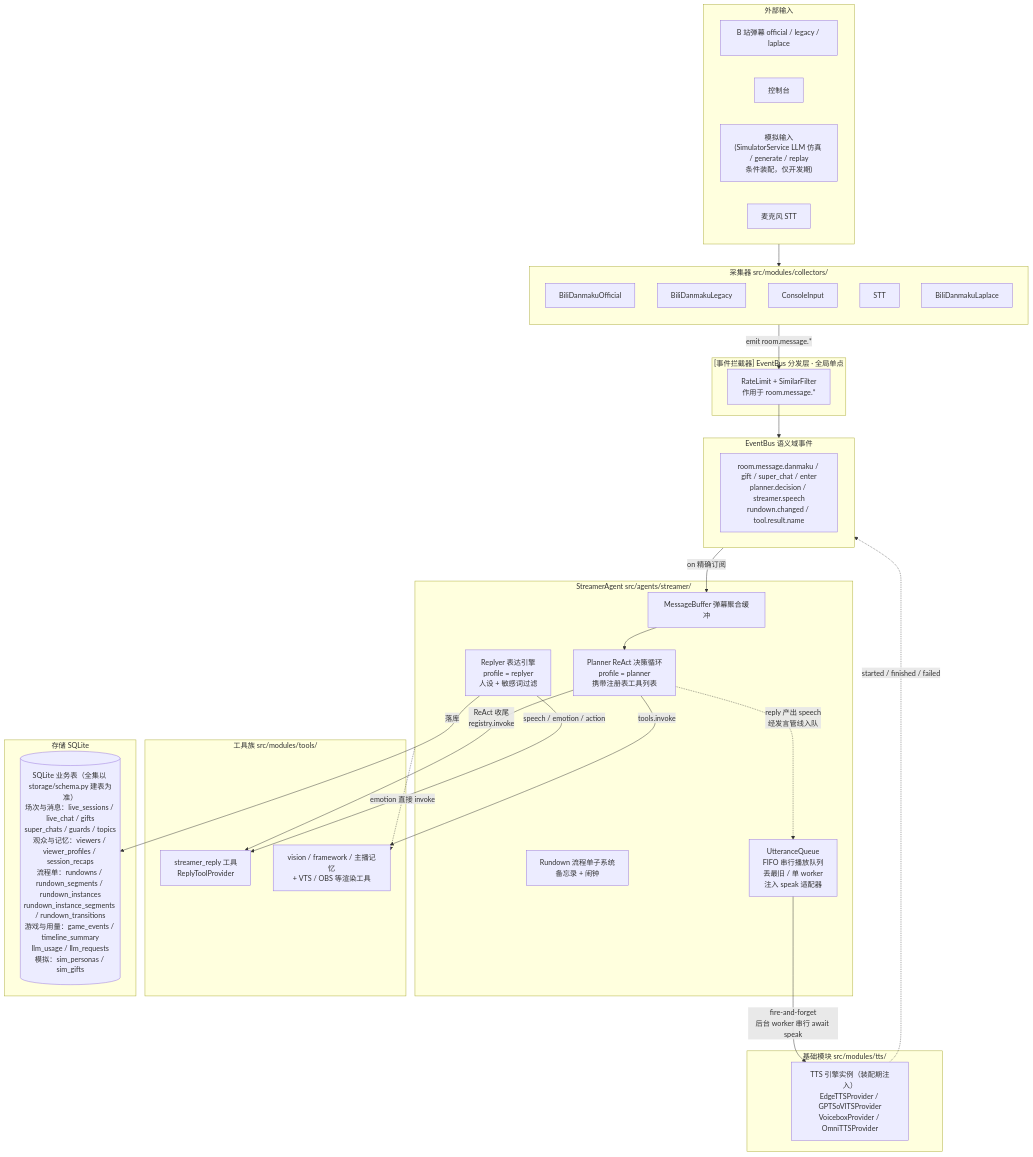
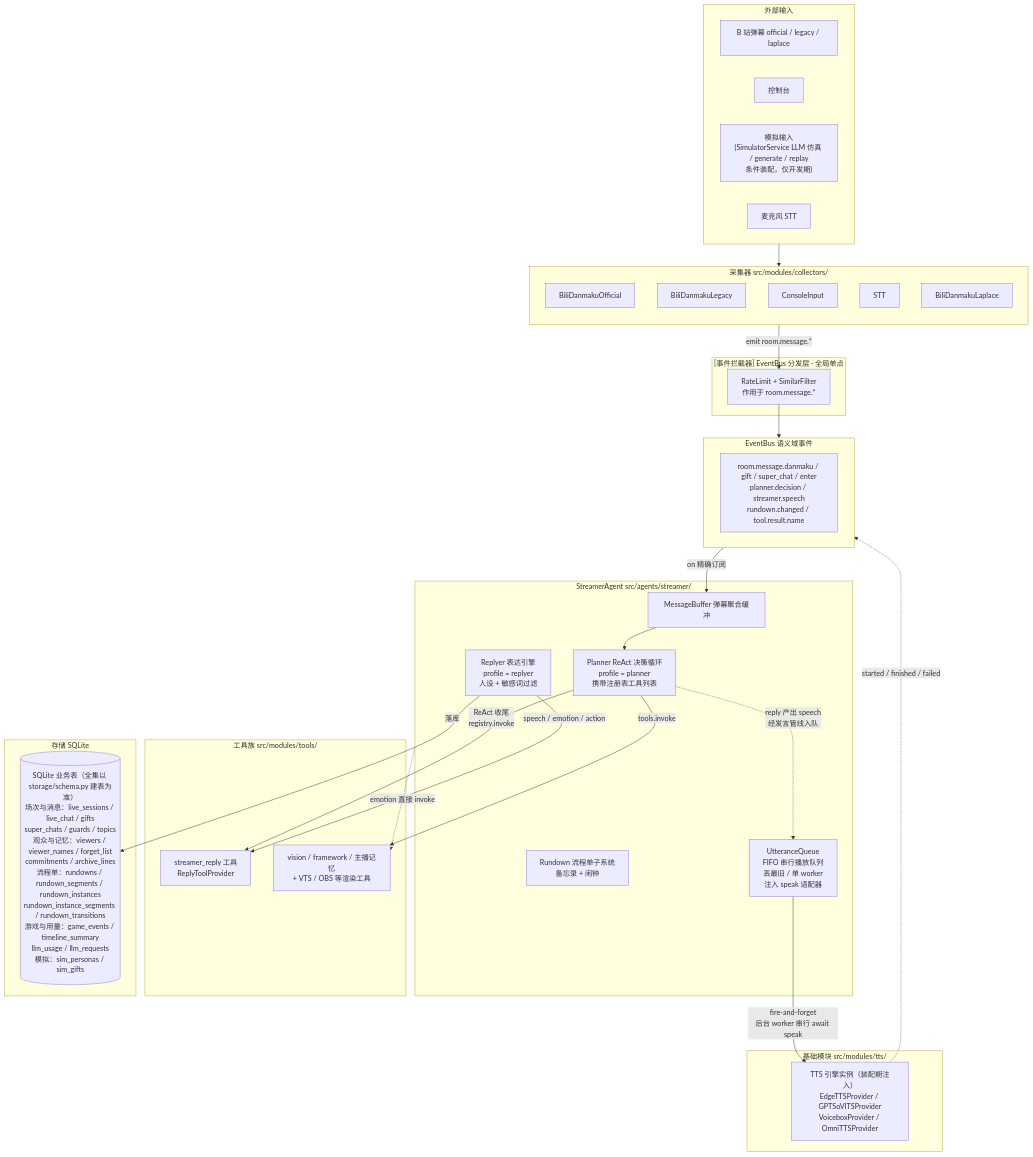
One commit to Mai-with-u/Amaidesu changed the diagram in docs/architecture/data-flow.md. Above: the diagram before and after it, drawn with Mermaid. The commit also changed 16 other files, not shown here.

````diff
--- a/docs/architecture/data-flow.md
+++ b/docs/architecture/data-flow.md
@@ -23,61 +23,61 @@
 ```mermaid
 flowchart TB
     subgraph Ext["外部输入"]
         Bili["B 站弹幕 official / legacy / laplace"]
         Cons["控制台"]
         Sim["模拟输入<br/>(SimulatorService LLM 仿真 / generate / replay<br/>条件装配，仅开发期)"]
         Mic["麦克风 STT"]
     end
 
     subgraph Collectors["采集器 src/modules/collectors/"]
         direction TB
         C1["BiliDanmakuOfficial"]
         C2["BiliDanmakuLegacy"]
         C3["ConsoleInput"]
         C4["STT"]
         C5["BiliDanmakuLaplace"]
     end
 
     subgraph Interceptors["[事件拦截器] EventBus 分发层 · 全局单点"]
         IC["RateLimit + SimilarFilter<br/>作用于 room.message.*"]
     end
 
     subgraph Bus["EventBus 语义域事件"]
         EB["room.message.danmaku / gift / super_chat / enter<br/>planner.decision / streamer.speech<br/>rundown.changed / tool.result.name"]
     end
 
 subgraph StreamerAgent["StreamerAgent src/agents/streamer/"]
         MB["MessageBuffer 弹幕聚合缓冲"]
         Planner["Planner ReAct 决策循环<br/>profile = planner<br/>携带注册表工具列表"]
         Reply["Replyer 表达引擎<br/>profile = replyer<br/>人设 + 敏感词过滤"]
         Rundown["Rundown 流程单子系统<br/>备忘录 + 闹钟"]
         UQ["UtteranceQueue<br/>FIFO 串行播放队列<br/>丢最旧 / 单 worker<br/>注入 speak 适配器"]
     end
 
     subgraph Tools["工具族 src/modules/tools/"]
         RT["streamer_reply 工具<br/>ReplyToolProvider"]
         Other["vision / framework / 主播记忆<br/>+ VTS / OBS 等渲染工具"]
     end
 
     subgraph InFra["基础模块 src/modules/tts/"]
         TTSEng["TTS 引擎实例（装配期注入）<br/>EdgeTTSProvider / GPTSoVITSProvider<br/>VoiceboxProvider / OmniTTSProvider"]
     end
 
     subgraph Storage["存储 SQLite"]
-        DB[("SQLite 业务表（全集以 storage/schema.py 建表为准）<br/>场次与消息：live_sessions / live_chat / gifts<br/>super_chats / guards / topics<br/>观众与记忆：viewers / viewer_profiles / session_recaps<br/>流程单：rundowns / rundown_segments / rundown_instances<br/>rundown_instance_segments / rundown_transitions<br/>游戏与用量：game_events / timeline_summary<br/>llm_usage / llm_requests<br/>模拟：sim_personas / sim_gifts")]
+        DB[("SQLite 业务表（全集以 storage/schema.py 建表为准）<br/>场次与消息：live_sessions / live_chat / gifts<br/>super_chats / guards / topics<br/>观众与记忆：viewers / viewer_names / forget_list<br/>commitments / archive_lines<br/>流程单：rundowns / rundown_segments / rundown_instances<br/>rundown_instance_segments / rundown_transitions<br/>游戏与用量：game_events / timeline_summary<br/>llm_usage / llm_requests<br/>模拟：sim_personas / sim_gifts")]
     end
 
     Ext --> Collectors
     Collectors -->|emit room.message.*| IC
     IC --> Bus
     Bus -->|on 精确订阅| MB
     MB --> Planner
     Planner -->|ReAct 收尾<br/>registry.invoke| RT
     Reply -->|speech / emotion / action| RT
     Reply -->|落库| DB
     Planner -->|tools.invoke| Other
     Planner -.->|reply 产出 speech<br/>经发言管线入队| UQ
     UQ -->|fire-and-forget<br/>后台 worker 串行 await speak| TTSEng
     TTSEng -.->|started / finished / failed| Bus
     StreamerAgent -.->|emotion 直接 invoke| Other
 ```
````
